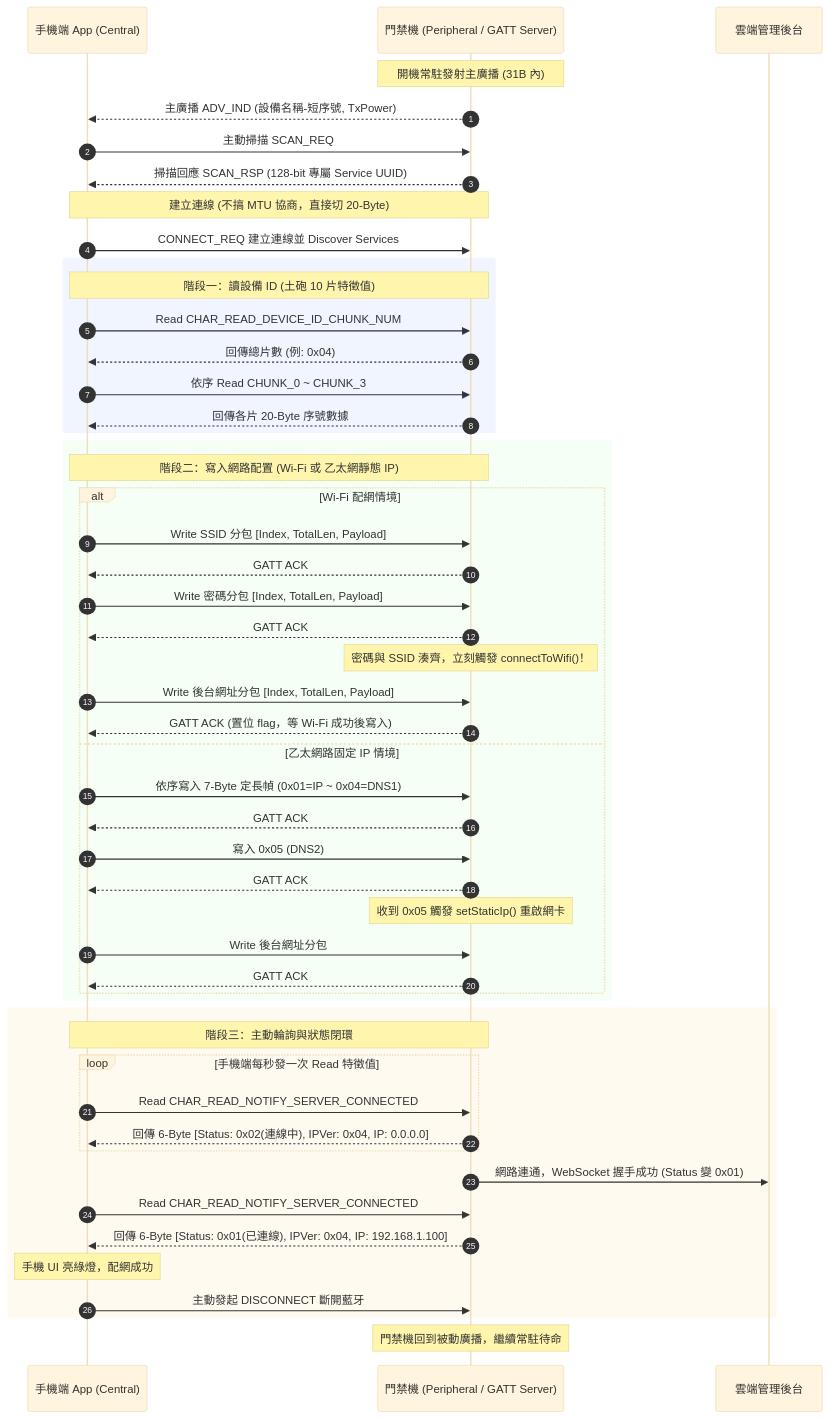
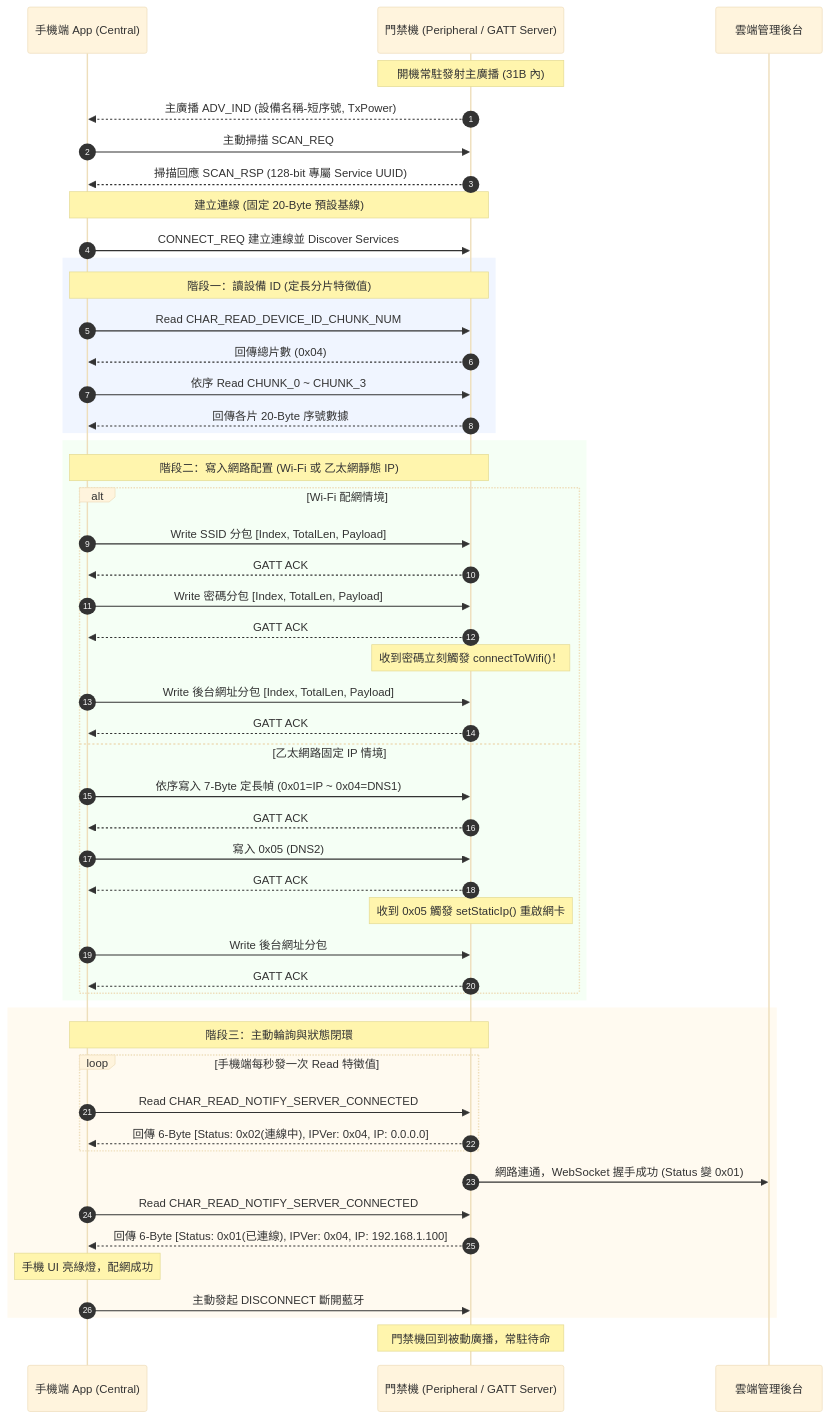
One commit to boochlin06/blog changed the diagram in posts/section01_edge_ai/14_門禁機當BLE_Peripheral現場踩坑記.md. Above: the diagram before and after it, drawn with Mermaid (base theme). The commit also changed other lines of this file, not shown here.

Commit message:
docs: rewrite blog 14 based on grounded code facts, restore sequence diagram, prune bogus claims

````diff
--- a/posts/section01_edge_ai/14_門禁機當BLE_Peripheral現場踩坑記.md
+++ b/posts/section01_edge_ai/14_門禁機當BLE_Peripheral現場踩坑記.md
@@ -24,58 +19,58 @@
 ```mermaid
 sequenceDiagram
     autonumber
     participant M as 手機端 App (Central)
     participant D as 門禁機 (Peripheral / GATT Server)
     participant S as 雲端管理後台
 
     Note over D: 開機常駐發射主廣播 (31B 內)
     D-->>M: 主廣播 ADV_IND (設備名稱-短序號, TxPower)
     M->>D: 主動掃描 SCAN_REQ
     D-->>M: 掃描回應 SCAN_RSP (128-bit 專屬 Service UUID)
     
-    Note over M,D: 建立連線 (不搞 MTU 協商，直接切 20-Byte)
+    Note over M,D: 建立連線 (固定 20-Byte 預設基線)
     M->>D: CONNECT_REQ 建立連線並 Discover Services
 
     rect rgb(240, 245, 255)
-    Note over M,D: 階段一：讀設備 ID (土砲 10 片特徵值)
+    Note over M,D: 階段一：讀設備 ID (定長分片特徵值)
     M->>D: Read CHAR_READ_DEVICE_ID_CHUNK_NUM
-    D-->>M: 回傳總片數 (例: 0x04)
+    D-->>M: 回傳總片數 (0x04)
     M->>D: 依序 Read CHUNK_0 ~ CHUNK_3
     D-->>M: 回傳各片 20-Byte 序號數據
     end
 
     rect rgb(245, 255, 245)
     Note over M,D: 階段二：寫入網路配置 (Wi-Fi 或 乙太網靜態 IP)
     alt Wi-Fi 配網情境
         M->>D: Write SSID 分包 [Index, TotalLen, Payload]
         D-->>M: GATT ACK
         M->>D: Write 密碼分包 [Index, TotalLen, Payload]
         D-->>M: GATT ACK
-        Note over D: 密碼與 SSID 湊齊，立刻觸發 connectToWifi()！
+        Note over D: 收到密碼立刻觸發 connectToWifi()！
         M->>D: Write 後台網址分包 [Index, TotalLen, Payload]
-        D-->>M: GATT ACK (置位 flag，等 Wi-Fi 成功後寫入)
+        D-->>M: GATT ACK
     else 乙太網路固定 IP 情境
         M->>D: 依序寫入 7-Byte 定長幀 (0x01=IP ~ 0x04=DNS1)
         D-->>M: GATT ACK
         M->>D: 寫入 0x05 (DNS2)
         D-->>M: GATT ACK
         Note over D: 收到 0x05 觸發 setStaticIp() 重啟網卡
         M->>D: Write 後台網址分包
         D-->>M: GATT ACK
     end
     end
 
     rect rgb(255, 250, 240)
     Note over M,D: 階段三：主動輪詢與狀態閉環
     loop 手機端每秒發一次 Read 特徵值
         M->>D: Read CHAR_READ_NOTIFY_SERVER_CONNECTED
         D-->>M: 回傳 6-Byte [Status: 0x02(連線中), IPVer: 0x04, IP: 0.0.0.0]
     end
     D->>S: 網路連通，WebSocket 握手成功 (Status 變 0x01)
     M->>D: Read CHAR_READ_NOTIFY_SERVER_CONNECTED
     D-->>M: 回傳 6-Byte [Status: 0x01(已連線), IPVer: 0x04, IP: 192.168.1.100]
     Note over M: 手機 UI 亮綠燈，配網成功
     M->>D: 主動發起 DISCONNECT 斷開藍牙
     end
-    Note over D: 門禁機回到被動廣播，繼續常駐待命
+    Note over D: 門禁機回到被動廣播，常駐待命
 ```
````
